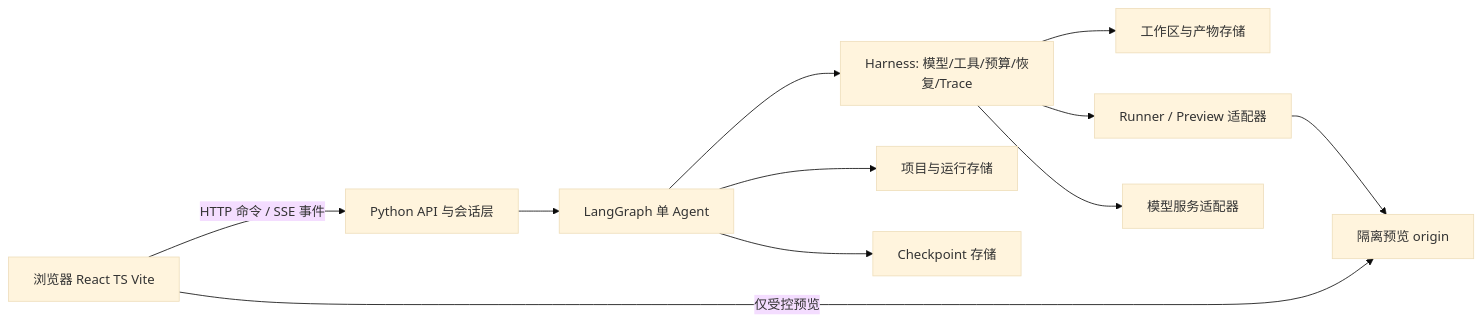
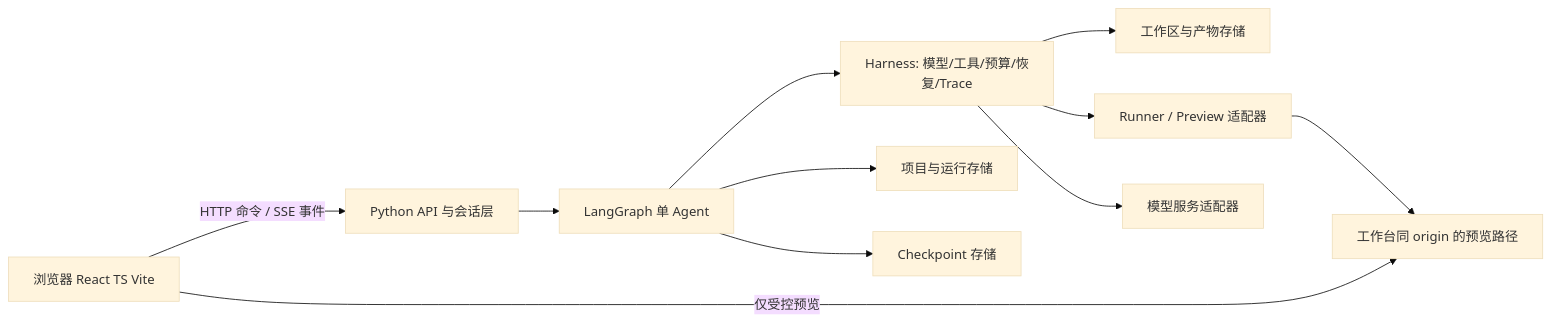
One commit to KevinChen073/my-atom-demo changed the first of 3 diagrams in docs/ARCHITECTURE.md. Above: the diagram before and after it, drawn with Mermaid (base theme). The commit also changed other lines of this file and 32 other files, not shown here.

````diff
--- a/docs/ARCHITECTURE.md
+++ b/docs/ARCHITECTURE.md
@@ -11,13 +11,13 @@
 ```mermaid
 flowchart LR
   U[浏览器 React TS Vite] -->|HTTP 命令 / SSE 事件| A[Python API 与会话层]
   A --> G[LangGraph 单 Agent]
   G --> H[Harness: 模型/工具/预算/恢复/Trace]
   G --> P[项目与运行存储]
   G --> C[Checkpoint 存储]
   H --> W[工作区与产物存储]
   H --> R[Runner / Preview 适配器]
-  R --> I[隔离预览 origin]
+  R --> I[工作台同 origin 的预览路径]
   U -->|仅受控预览| I
   H --> M[模型服务适配器]
 ```
````
